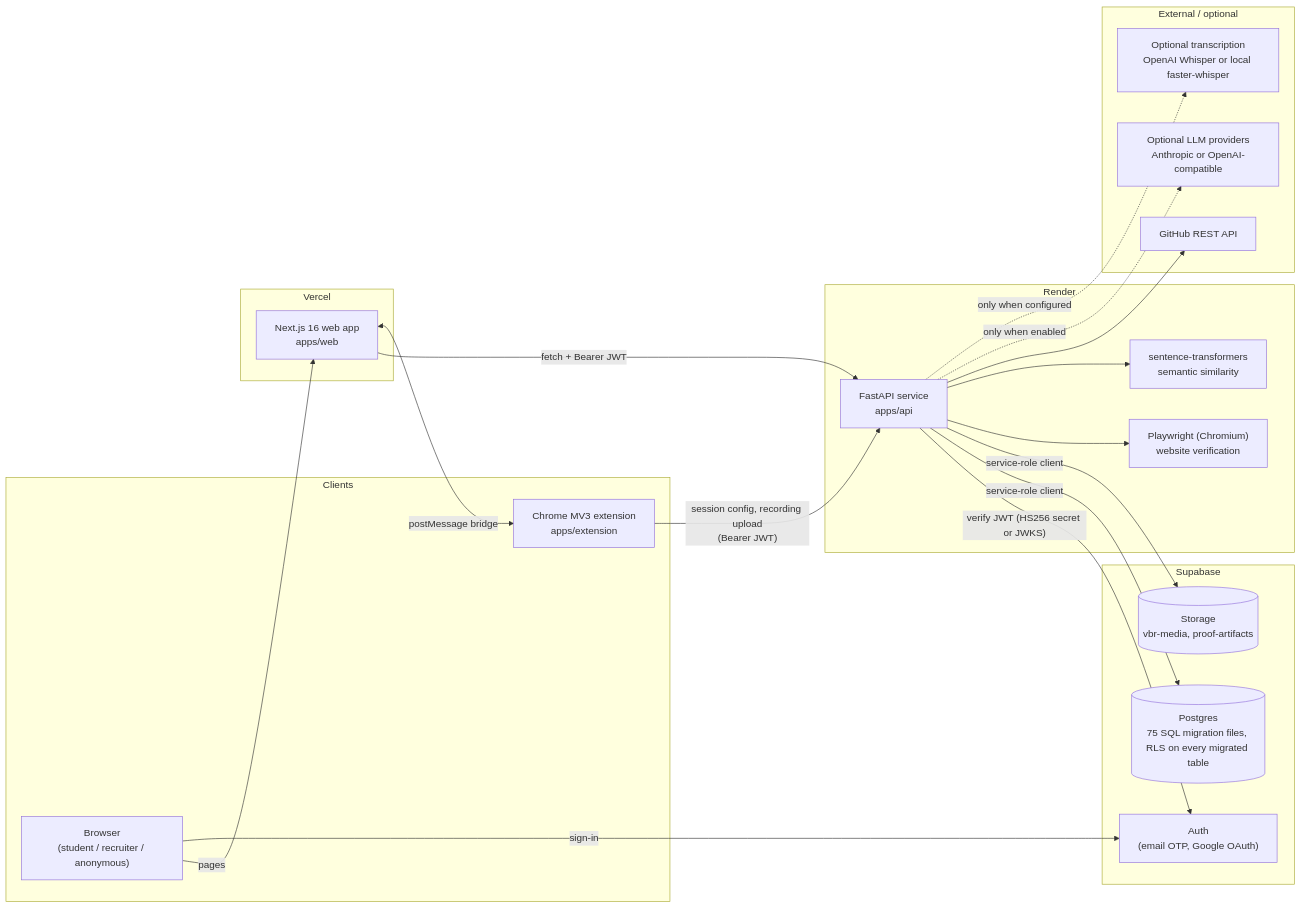
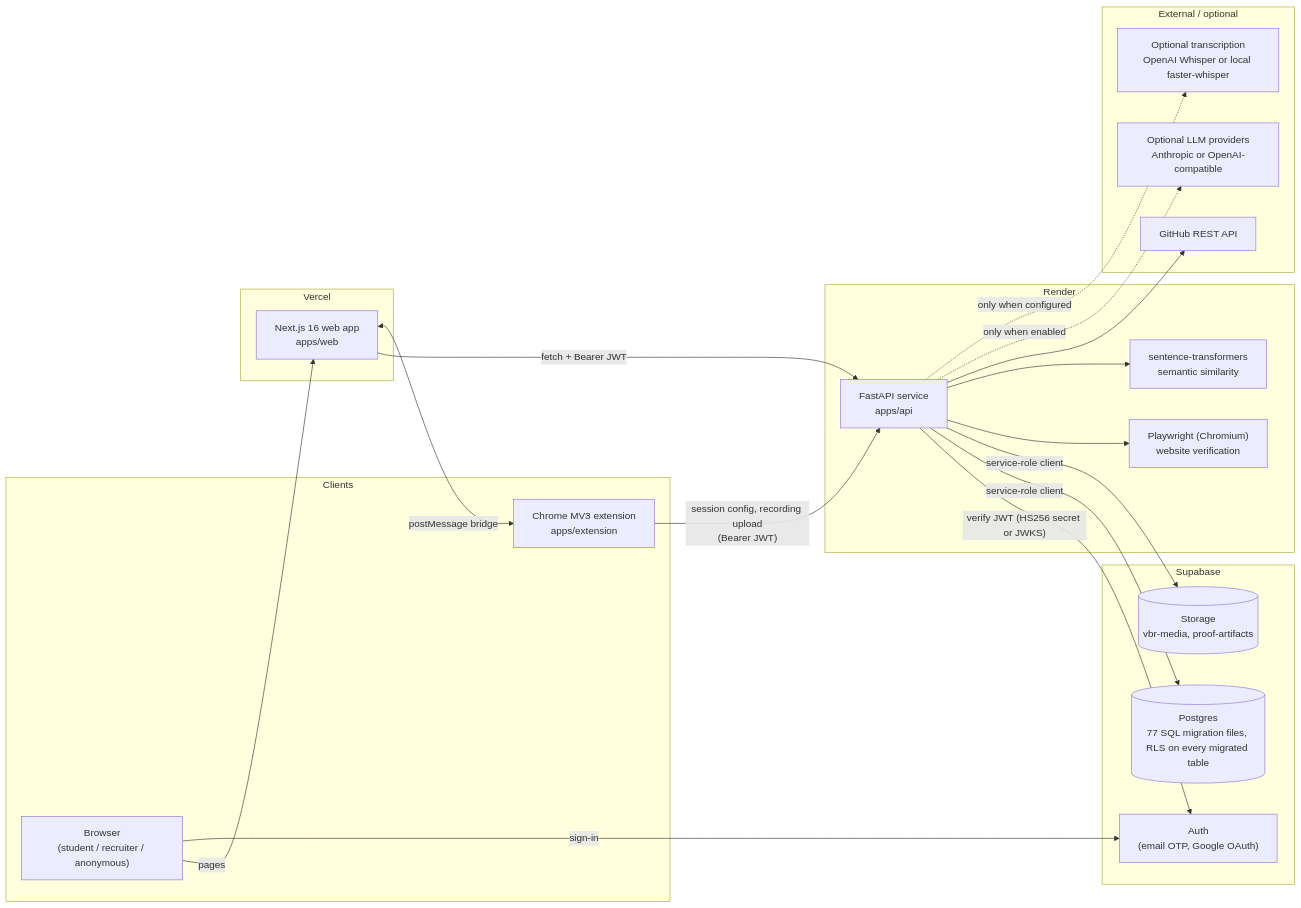
Before and after one commit to machackgo/veribridge-ai: the first of 3 diagrams in docs/ARCHITECTURE.md, drawn with Mermaid. The commit also changed other lines of this file and 6 other files, not shown here.

````diff
--- a/docs/ARCHITECTURE.md
+++ b/docs/ARCHITECTURE.md
@@ -8,43 +8,43 @@
 ```mermaid
 flowchart LR
   subgraph Clients
     B["Browser<br/>(student / recruiter / anonymous)"]
     X["Chrome MV3 extension<br/>apps/extension"]
   end
 
   subgraph Vercel
     W["Next.js 16 web app<br/>apps/web"]
   end
 
   subgraph Render
     A["FastAPI service<br/>apps/api"]
     PW["Playwright (Chromium)<br/>website verification"]
     ST["sentence-transformers<br/>semantic similarity"]
   end
 
   subgraph Supabase
     AUTH["Auth<br/>(email OTP, Google OAuth)"]
-    DB[("Postgres<br/>75 SQL migration files, RLS on every migrated table")]
+    DB[("Postgres<br/>77 SQL migration files, RLS on every migrated table")]
     S3[("Storage<br/>vbr-media, proof-artifacts")]
   end
 
   subgraph External["External / optional"]
     GH["GitHub REST API"]
     LLM["Optional LLM providers<br/>Anthropic or OpenAI-compatible"]
     TR["Optional transcription<br/>OpenAI Whisper or local faster-whisper"]
   end
 
   B -->|pages| W
   B -->|sign-in| AUTH
   W -->|"fetch + Bearer JWT"| A
   X -->|"session config, recording upload<br/>(Bearer JWT)"| A
   W <-->|"postMessage bridge"| X
   A -->|"verify JWT (HS256 secret or JWKS)"| AUTH
   A -->|"service-role client"| DB
   A -->|"service-role client"| S3
   A --> PW
   A --> ST
   A --> GH
   A -.->|"only when enabled"| LLM
   A -.->|"only when configured"| TR
 ```
````
